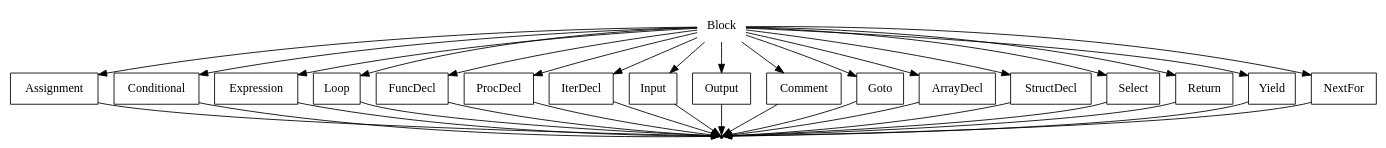
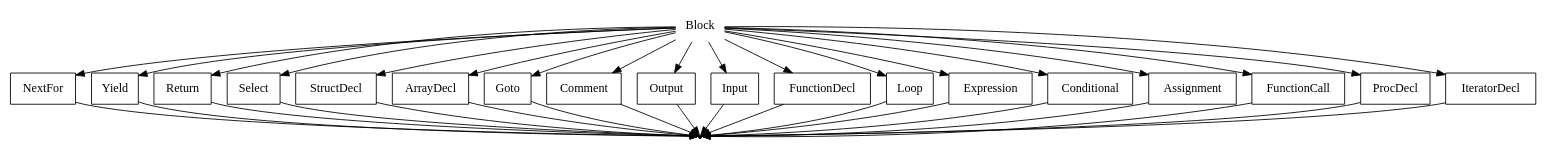
The diagram in DSLTools/examples/PSECO_NEW/wirth/Block.gv (EgorGoluzin/DSL), drawn with Graphviz before and after one commit. The commit also changed 41 other files, not shown here.

```diff
--- a/DSLTools/examples/PSECO_NEW/wirth/Block.gv
+++ b/DSLTools/examples/PSECO_NEW/wirth/Block.gv
@@ -1,40 +1,58 @@
 digraph Block {
   start [label="Block" shape=plaintext];
+  A [label="NextFor" shape=box];
+  B [label="Yield" shape=box];
+  C [label="Return" shape=box];
+  D [label="Select" shape=box];
+  E [label="StructDecl" shape=box];
+  F [label="ArrayDecl" shape=box];
+  G [label="Goto" shape=box];
+  H [label="Comment" shape=box];
+  I [label="Output" shape=box];
+  J [label="Input" shape=box];
+  K [label="FunctionDecl" shape=box];
+  L [label="Loop" shape=box];
+  M [label="Expression" shape=box];
+  N [label="Conditional" shape=box];
+  O [label="Assignment" shape=box];
+  P [label="FunctionCall" shape=box];
+  Q [label="ProcDecl" shape=box];
+  R [label="IteratorDecl" shape=box];
   end [label="" shape=point];
-
-  A [label="Assignment" shape=box];
-  B [label="Conditional" shape=box];
-  C [label="Expression" shape=box];
-  D [label="Loop" shape=box];
-  E [label="FuncDecl" shape=box];
-  F [label="ProcDecl" shape=box];
-  G [label="IterDecl" shape=box];
-  H [label="Input" shape=box];
-  I [label="Output" shape=box];
-  J [label="Comment" shape=box];
-  K [label="Goto" shape=box];
-  L [label="ArrayDecl" shape=box];
-  M [label="StructDecl" shape=box];
-  N [label="Select" shape=box];
-  O [label="Return" shape=box];
-  P [label="Yield" shape=box];
-  Q [label="NextFor" shape=box];
-
-  start -> A; A -> end;
-  start -> B; B -> end;
-  start -> C; C -> end;
-  start -> D; D -> end;
-  start -> E; E -> end;
-  start -> F; F -> end;
-  start -> G; G -> end;
-  start -> H; H -> end;
-  start -> I; I -> end;
-  start -> J; J -> end;
-  start -> K; K -> end;
-  start -> L; L -> end;
-  start -> M; M -> end;
-  start -> N; N -> end;
-  start -> O; O -> end;
-  start -> P; P -> end;
-  start -> Q; Q -> end;
+  start -> R;
+  start -> Q;
+  start -> P;
+  start -> O;
+  start -> N;
+  start -> M;
+  start -> L;
+  start -> K;
+  start -> J;
+  start -> I;
+  start -> H;
+  start -> G;
+  start -> F;
+  start -> E;
+  start -> D;
+  start -> C;
+  start -> B;
+  start -> A;
+  A -> end;
+  B -> end;
+  C -> end;
+  D -> end;
+  E -> end;
+  F -> end;
+  G -> end;
+  H -> end;
+  I -> end;
+  J -> end;
+  K -> end;
+  L -> end;
+  M -> end;
+  N -> end;
+  O -> end;
+  P -> end;
+  Q -> end;
+  R -> end;
 }
```
